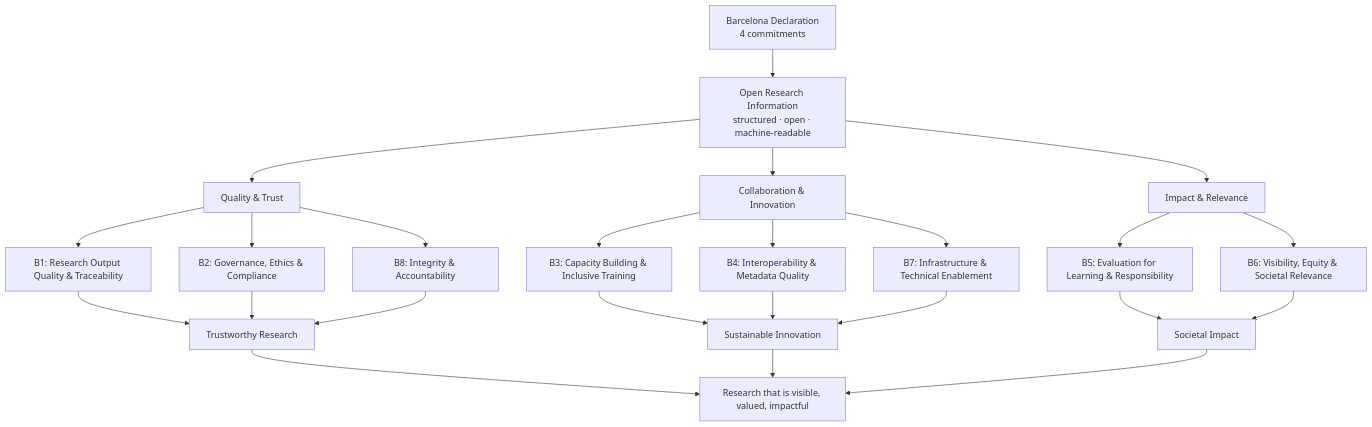
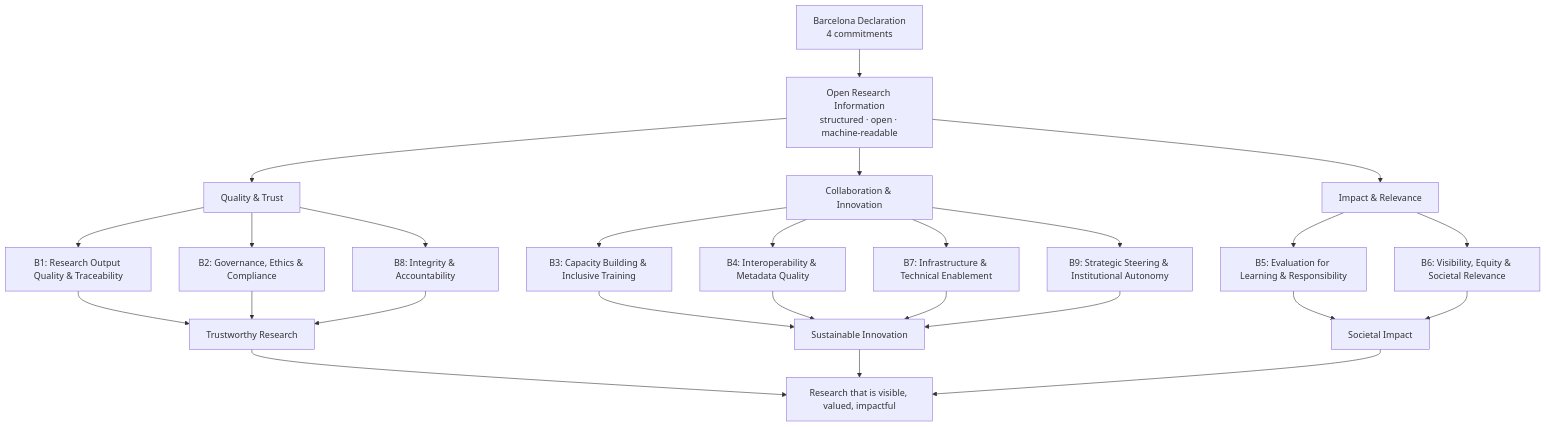
The diagram in deliverables/Benefits_map.md (rijdho/barcelona-wg7-tf2), drawn with Mermaid before and after one commit. The commit also changed other lines of this file and 21 other files, not shown here.

````diff
--- a/deliverables/Benefits_map.md
+++ b/deliverables/Benefits_map.md
@@ -6,32 +6,34 @@
 ```mermaid
 flowchart TB
-  accTitle: The eight benefits of open research information
-  accDescr: The Barcelona Declaration commitments unlock Open Research Information, which delivers eight benefits in three axes; the benefits flow into trustworthy research, sustainable innovation, and societal impact, leading to research that is visible, valued, and impactful.
+  accTitle: The nine benefits of open research information
+  accDescr: The Barcelona Declaration commitments unlock Open Research Information, which delivers nine benefits in three axes; the benefits flow into trustworthy research, sustainable innovation, and societal impact, leading to research that is visible, valued, and impactful.
   START["Barcelona Declaration<br/>4 commitments"] --> ORI["Open Research Information<br/>structured · open · machine-readable"]
   ORI --> A1["Quality & Trust"]
   ORI --> A2["Collaboration & Innovation"]
   ORI --> A3["Impact & Relevance"]
   A1 --> B1["B1: Research Output Quality & Traceability"]
   A1 --> B2["B2: Governance, Ethics & Compliance"]
   A1 --> B8["B8: Integrity & Accountability"]
   A2 --> B3["B3: Capacity Building & Inclusive Training"]
   A2 --> B4["B4: Interoperability & Metadata Quality"]
   A2 --> B7["B7: Infrastructure & Technical Enablement"]
+  A2 --> B9["B9: Strategic Steering & Institutional Autonomy"]
   A3 --> B5["B5: Evaluation for Learning & Responsibility"]
   A3 --> B6["B6: Visibility, Equity & Societal Relevance"]
   O1["Trustworthy Research"]
   B1 --> O1
   B2 --> O1
   B8 --> O1
   O2["Sustainable Innovation"]
   B3 --> O2
   B4 --> O2
   B7 --> O2
+  B9 --> O2
   O3["Societal Impact"]
   B5 --> O3
   B6 --> O3
   VISION["Research that is visible, valued, impactful"]
   O1 --> VISION
   O2 --> VISION
   O3 --> VISION
 ```
````
